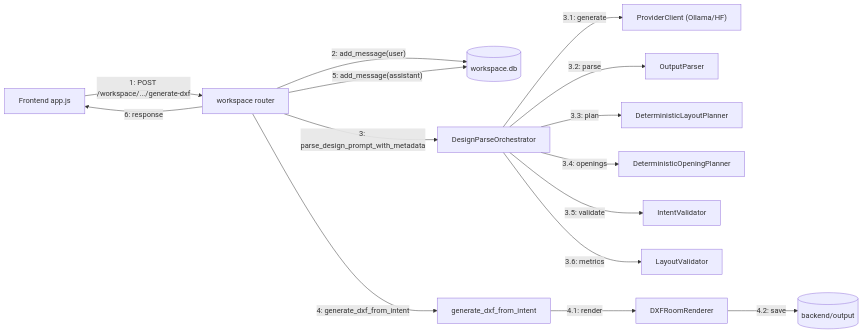
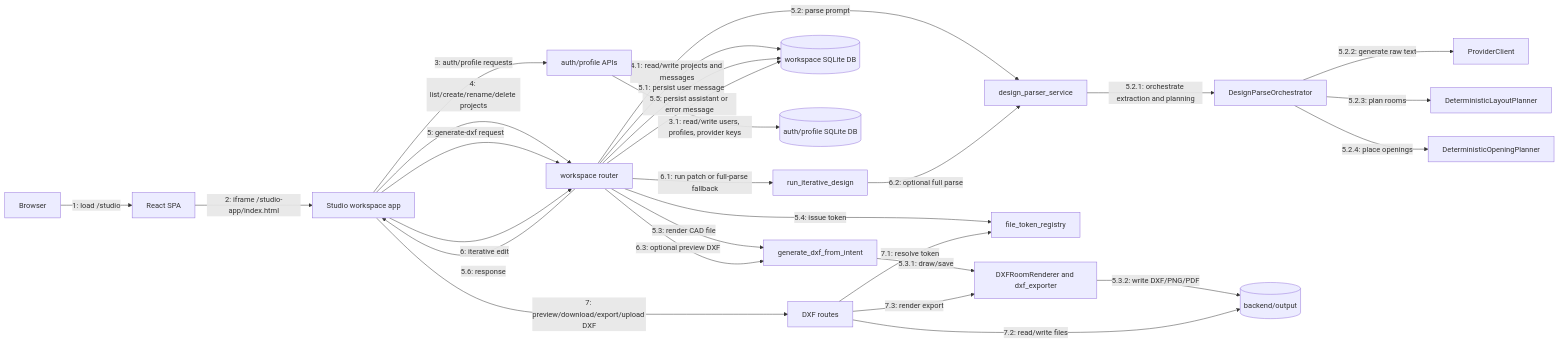
The diagram in docs/uml/behaviour/05_communication_diagram.md (Youssefx64/CadArena), drawn with Mermaid before and after one commit. The commit also changed other lines of this file and 13 other files, not shown here.

````diff
--- a/docs/uml/behaviour/05_communication_diagram.md
+++ b/docs/uml/behaviour/05_communication_diagram.md
@@ -8,31 +8,53 @@
 ```mermaid
 flowchart LR
-    Frontend["Frontend app.js"]
+    Browser["Browser"]
+    ReactApp["React SPA"]
+    Studio["Studio workspace app"]
+    AuthApi["auth/profile APIs"]
     WorkspaceRouter["workspace router"]
-    WorkspaceStorage[("workspace.db")]
-    Parser["DesignParseOrchestrator"]
-    Provider["ProviderClient (Ollama/HF)"]
-    OutputParser["OutputParser"]
+    DXFRoutes["DXF routes"]
+    WorkspaceStorage[("workspace SQLite DB")]
+    AuthStorage[("auth/profile SQLite DB")]
+    ParserService["design_parser_service"]
+    Orchestrator["DesignParseOrchestrator"]
+    DiffOrchestrator["run_iterative_design"]
+    Provider["ProviderClient"]
     LayoutPlanner["DeterministicLayoutPlanner"]
     OpeningPlanner["DeterministicOpeningPlanner"]
-    IntentValidator["IntentValidator"]
-    LayoutValidator["LayoutValidator"]
     DXFPipeline["generate_dxf_from_intent"]
-    RoomRenderer["DXFRoomRenderer"]
-    Files[("backend/output")]
+    FileTokenRegistry["file_token_registry"]
+    Renderer["DXFRoomRenderer and dxf_exporter"]
+    OutputFiles[("backend/output")]
 
-    Frontend -->|"1: POST /workspace/.../generate-dxf"| WorkspaceRouter
-    WorkspaceRouter -->|"2: add_message(user)"| WorkspaceStorage
-    WorkspaceRouter -->|"3: parse_design_prompt_with_metadata"| Parser
-    Parser -->|"3.1: generate"| Provider
-    Parser -->|"3.2: parse"| OutputParser
-    Parser -->|"3.3: plan"| LayoutPlanner
-    Parser -->|"3.4: openings"| OpeningPlanner
-    Parser -->|"3.5: validate"| IntentValidator
-    Parser -->|"3.6: metrics"| LayoutValidator
-    WorkspaceRouter -->|"4: generate_dxf_from_intent"| DXFPipeline
-    DXFPipeline -->|"4.1: render"| RoomRenderer
-    RoomRenderer -->|"4.2: save"| Files
-    WorkspaceRouter -->|"5: add_message(assistant)"| WorkspaceStorage
-    WorkspaceRouter -->|"6: response"| Frontend
+    Browser -->|"1: load /studio"| ReactApp
+    ReactApp -->|"2: iframe /studio-app/index.html"| Studio
+    Studio -->|"3: auth/profile requests"| AuthApi
+    AuthApi -->|"3.1: read/write users, profiles, provider keys"| AuthStorage
+
+    Studio -->|"4: list/create/rename/delete projects"| WorkspaceRouter
+    WorkspaceRouter -->|"4.1: read/write projects and messages"| WorkspaceStorage
+
+    Studio -->|"5: generate-dxf request"| WorkspaceRouter
+    WorkspaceRouter -->|"5.1: persist user message"| WorkspaceStorage
+    WorkspaceRouter -->|"5.2: parse prompt"| ParserService
+    ParserService -->|"5.2.1: orchestrate extraction and planning"| Orchestrator
+    Orchestrator -->|"5.2.2: generate raw text"| Provider
+    Orchestrator -->|"5.2.3: plan rooms"| LayoutPlanner
+    Orchestrator -->|"5.2.4: place openings"| OpeningPlanner
+    WorkspaceRouter -->|"5.3: render CAD file"| DXFPipeline
+    DXFPipeline -->|"5.3.1: draw/save"| Renderer
+    Renderer -->|"5.3.2: write DXF/PNG/PDF"| OutputFiles
+    WorkspaceRouter -->|"5.4: issue token"| FileTokenRegistry
+    WorkspaceRouter -->|"5.5: persist assistant or error message"| WorkspaceStorage
+    WorkspaceRouter -->|"5.6: response"| Studio
+
+    Studio -->|"6: iterative edit"| WorkspaceRouter
+    WorkspaceRouter -->|"6.1: run patch or full-parse fallback"| DiffOrchestrator
+    DiffOrchestrator -->|"6.2: optional full parse"| ParserService
+    WorkspaceRouter -->|"6.3: optional preview DXF"| DXFPipeline
+
+    Studio -->|"7: preview/download/export/upload DXF"| DXFRoutes
+    DXFRoutes -->|"7.1: resolve token"| FileTokenRegistry
+    DXFRoutes -->|"7.2: read/write files"| OutputFiles
+    DXFRoutes -->|"7.3: render export"| Renderer
 ```
````
